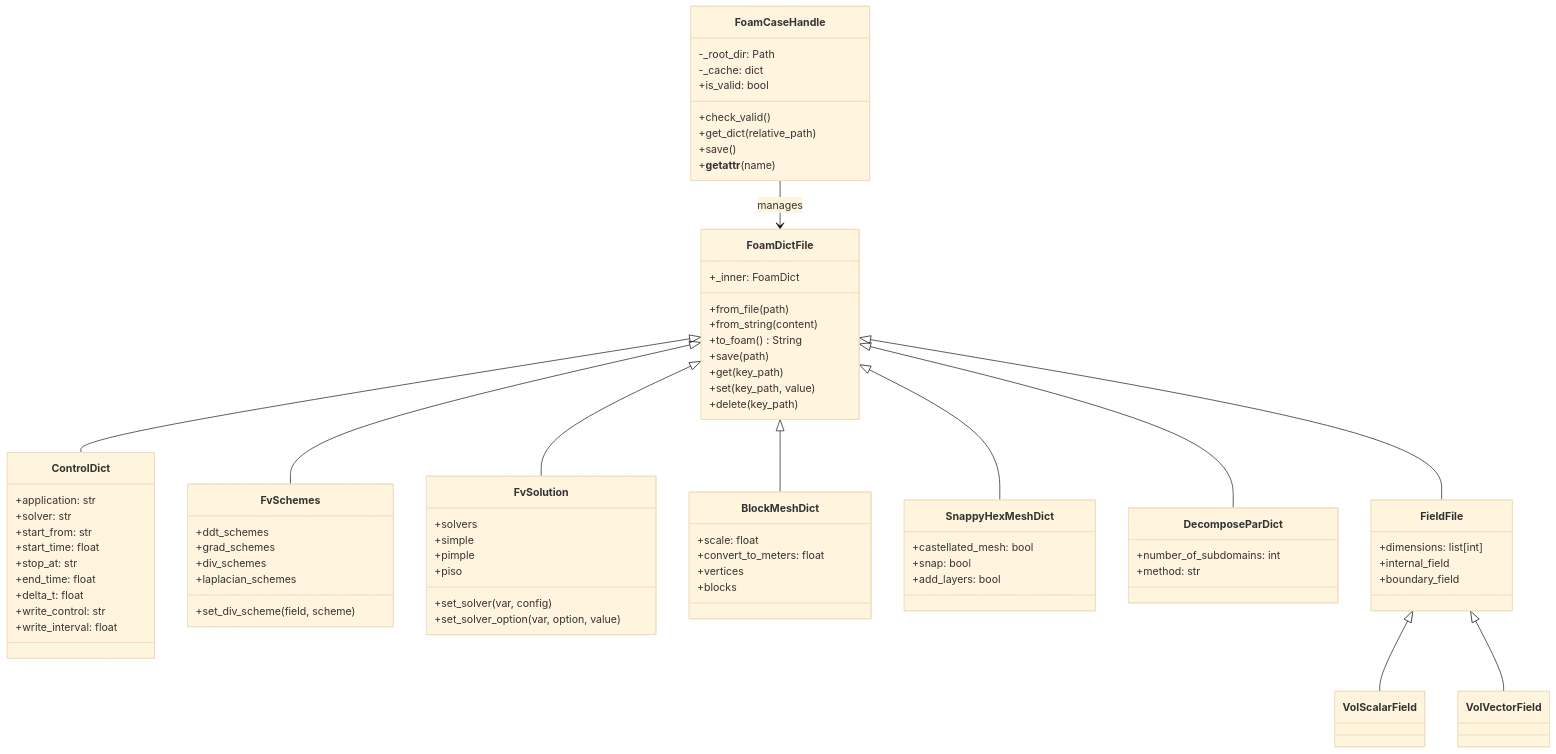
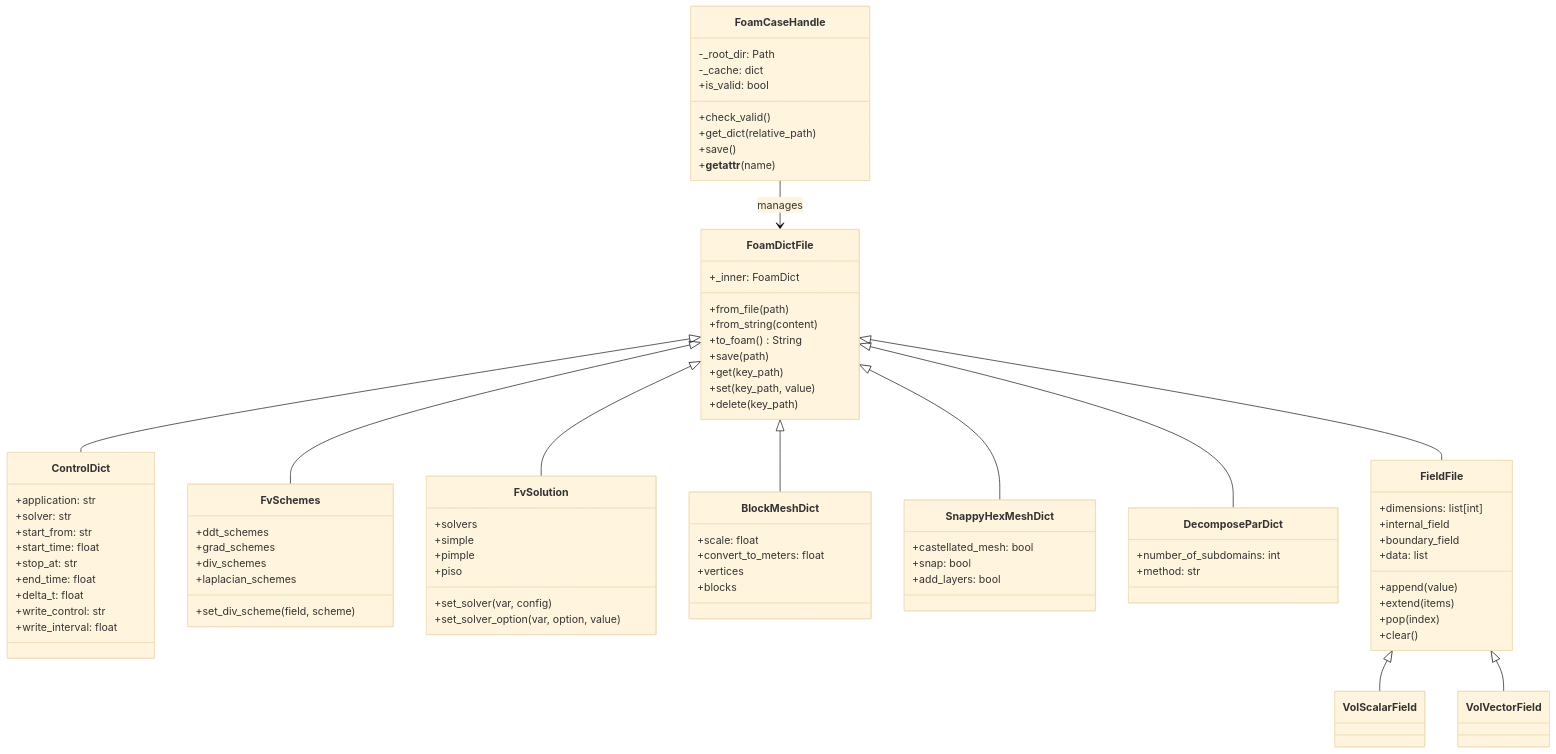
Before and after one commit to wallytutor/python-majordome: the diagram in docs/_openfoam/files.qmd, drawn with Mermaid (base theme). The commit also changed other lines of this file and 8 other files, not shown here.

```diff
--- a/docs/_openfoam/files.qmd
+++ b/docs/_openfoam/files.qmd
@@ -213,6 +237,11 @@
         +dimensions: list[int]
         +internal_field
         +boundary_field
+        +data: list
+        +append(value)
+        +extend(items)
+        +pop(index)
+        +clear()
     }
 
     class FoamCaseHandle {
```
